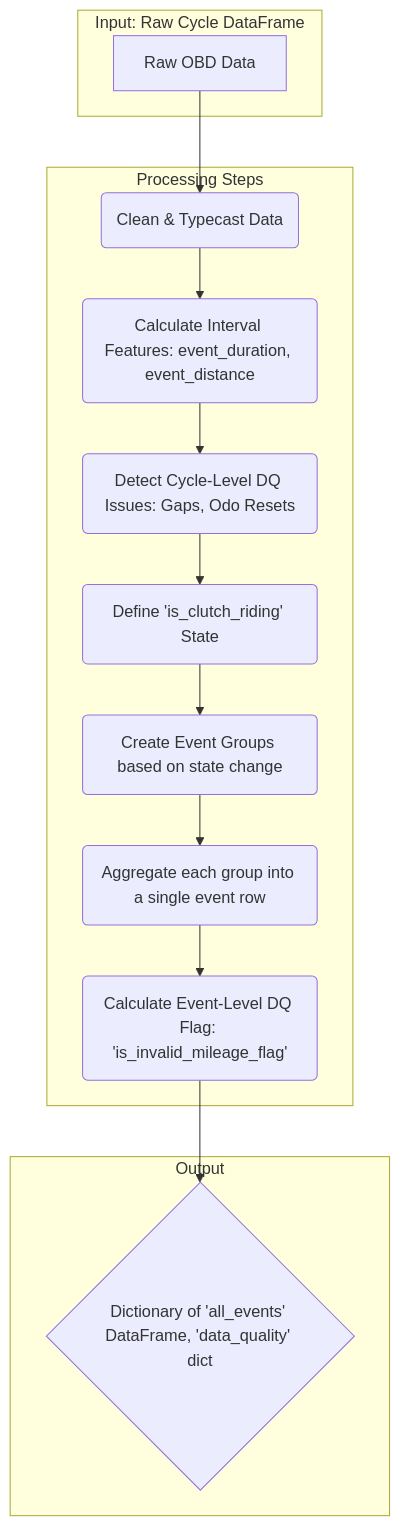
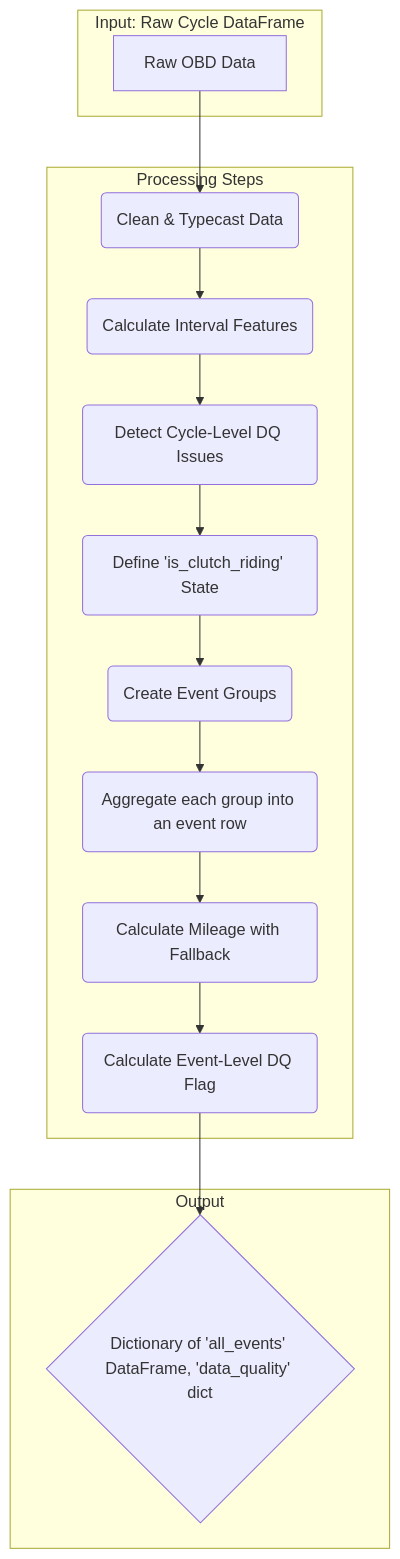
One commit to walterbrown17/clutch_riding changed the second of 2 diagrams in SIMPLE_PRD.md. Above: the diagram before and after it, drawn with Mermaid. The commit also changed other lines of this file, not shown here.

````diff
--- a/SIMPLE_PRD.md
+++ b/SIMPLE_PRD.md
@@ -81,20 +81,21 @@
 ```mermaid
 graph TD
     subgraph "Input: Raw Cycle DataFrame"
         A[Raw OBD Data];
     end
 
     subgraph "Processing Steps"
         A --> B(Clean & Typecast Data);
-        B --> C(Calculate Interval Features: event_duration, event_distance);
-        C --> D(Detect Cycle-Level DQ Issues: Gaps, Odo Resets);
+        B --> C(Calculate Interval Features);
+        C --> D(Detect Cycle-Level DQ Issues);
         D --> E(Define 'is_clutch_riding' State);
-        E --> F(Create Event Groups based on state change);
-        F --> G(Aggregate each group into a single event row);
-        G --> H(Calculate Event-Level DQ Flag: 'is_invalid_mileage_flag');
+        E --> F(Create Event Groups);
+        F --> G(Aggregate each group into an event row);
+        G --> H(Calculate Mileage with Fallback);
+        H --> I(Calculate Event-Level DQ Flag);
     end
 
     subgraph "Output"
-        H --> I{Dictionary of 'all_events' DataFrame, 'data_quality' dict};
+        I --> J{Dictionary of 'all_events' DataFrame, 'data_quality' dict};
     end
 ```
````
